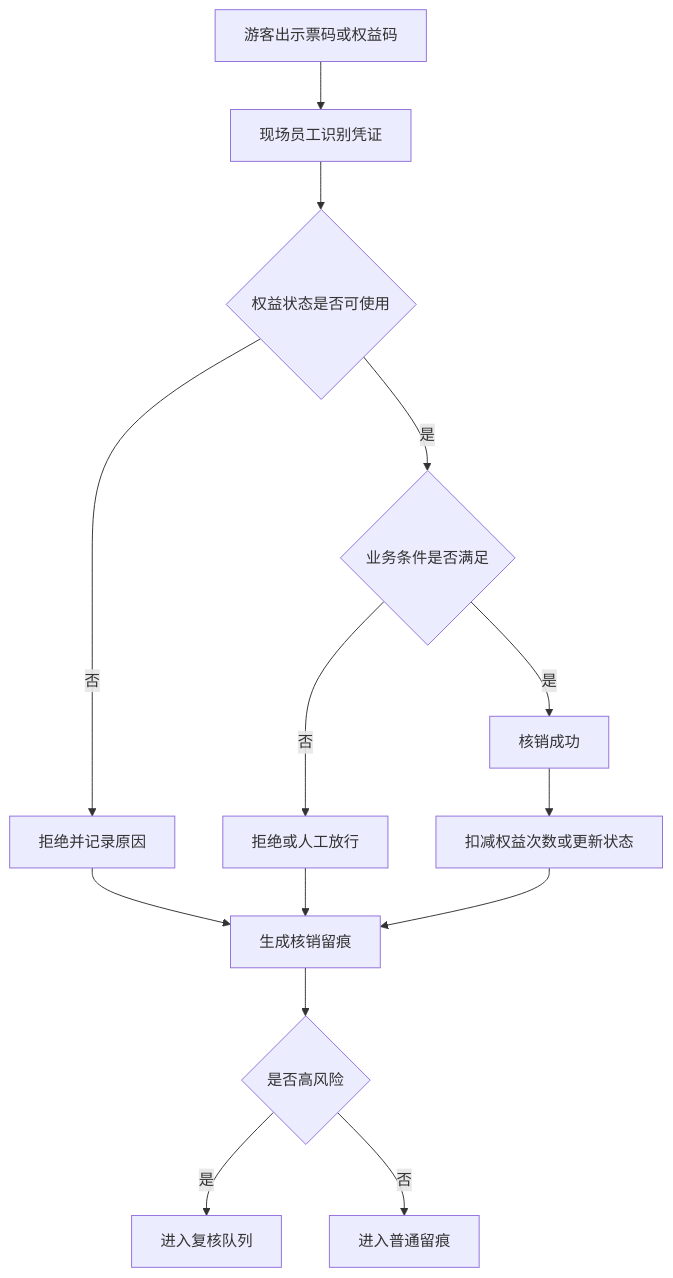
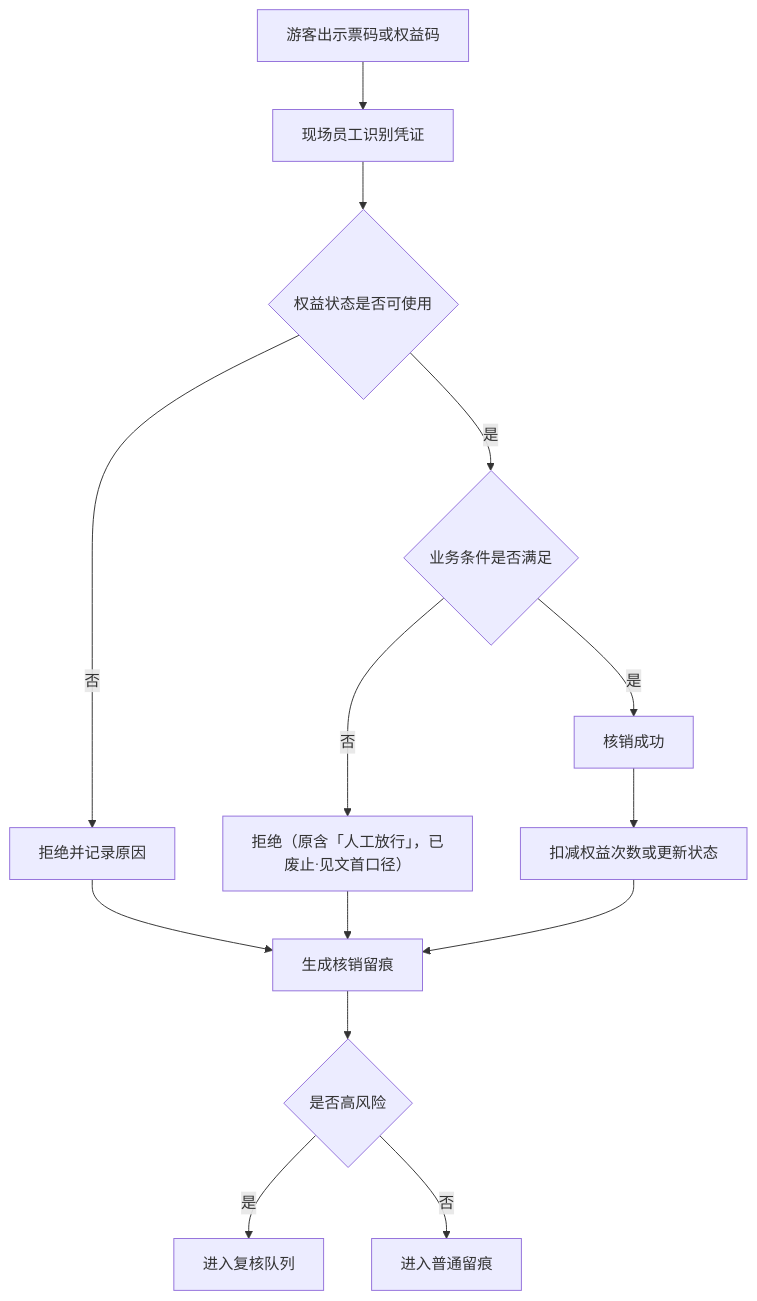
One commit to jxh1979/mall changed the third of 12 diagrams in docs/business-operations-layer-spec-v0.2.md. Above: the diagram before and after it, drawn with Mermaid. The commit also changed other lines of this file and 48 other files, not shown here.

````diff
--- a/docs/business-operations-layer-spec-v0.2.md
+++ b/docs/business-operations-layer-spec-v0.2.md
@@ -1148,16 +1152,16 @@
 ```mermaid
 flowchart TD
   A["游客出示票码或权益码"] --> B["现场员工识别凭证"]
   B --> C{"权益状态是否可使用"}
   C -- 否 --> D["拒绝并记录原因"]
   C -- 是 --> E{"业务条件是否满足"}
-  E -- 否 --> F["拒绝或人工放行"]
+  E -- 否 --> F["拒绝（原含「人工放行」，已废止·见文首口径）"]
   E -- 是 --> G["核销成功"]
   G --> H["扣减权益次数或更新状态"]
   D --> I["生成核销留痕"]
   F --> I
   H --> I
   I --> J{"是否高风险"}
   J -- 是 --> K["进入复核队列"]
   J -- 否 --> L["进入普通留痕"]
 ```
````
